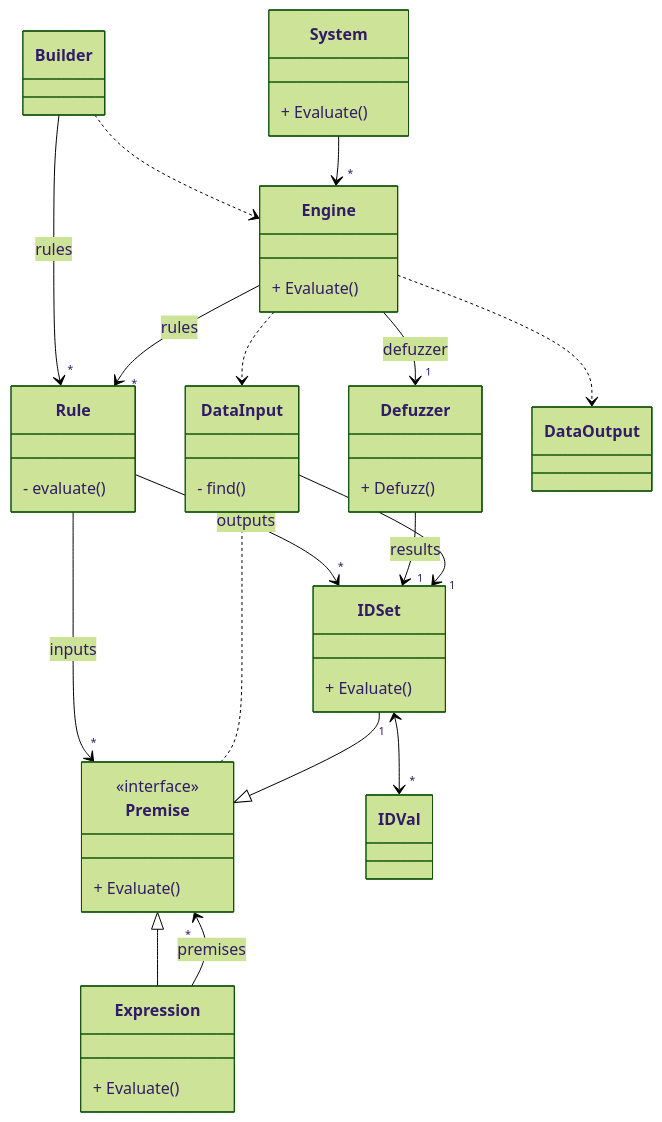
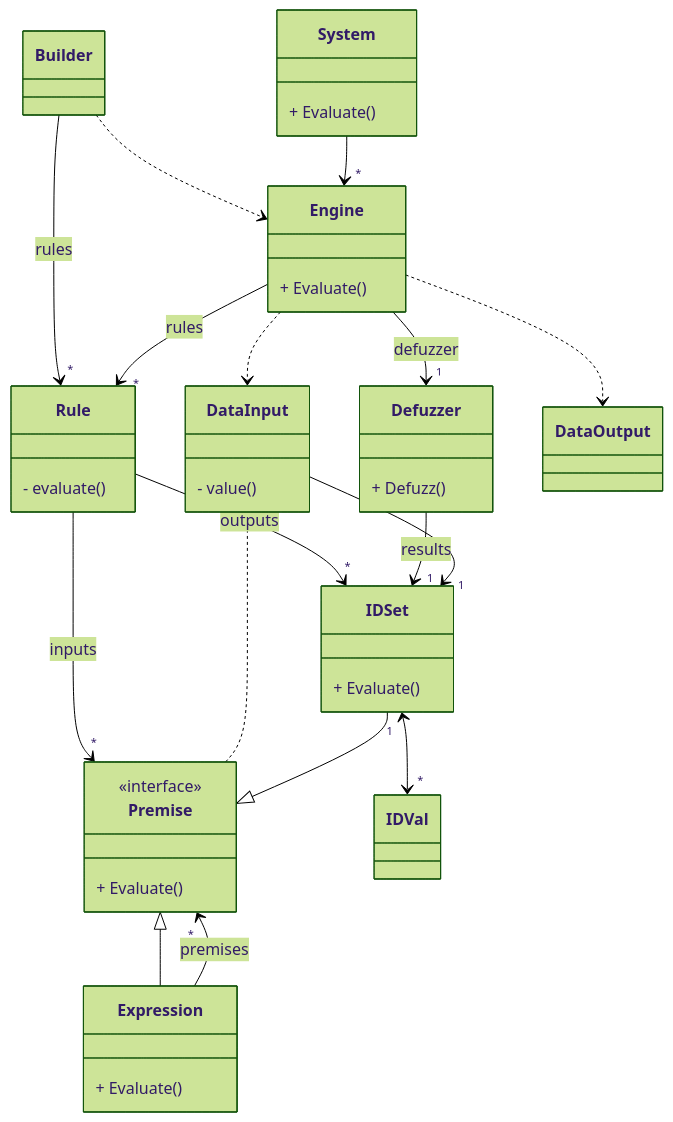
One commit to sbiemont/fugologic changed the diagram in readme.md. Above: the diagram before and after it, drawn with Mermaid (forest theme). The commit also changed other lines of this file, not shown here.

````diff
--- a/readme.md
+++ b/readme.md
@@ -350,50 +350,50 @@
 ```mermaid
 classDiagram
   class Premise {
     <<interface>>
     + Evaluate()
   }
   class Expression {
     + Evaluate()
   }
   class Engine {
     + Evaluate()
   }
   class IDSet {
     + Evaluate()
   }
   class Defuzzer {
     + Defuzz()
   }
   class DataInput {
-    - find()
+    - value()
   }
   class System {
     + Evaluate()
   }
   class Rule {
     - evaluate()
   }
 
   System --> "*" Engine
   DataInput --> "1" IDSet
   Defuzzer --> "1" IDSet : results
 
   IDSet "1" <--> "*" IDVal
 
   Premise "*" <-- Expression : premises
   Expression --|> Premise
   IDSet --|> Premise
   DataInput <.. Premise
 
   Engine --> "*" Rule : rules
   Engine --> "1" Defuzzer : defuzzer
   Engine ..> DataInput
   Engine ..> DataOutput
 
   Builder --> "*" Rule : rules
   Builder ..> Engine
 
   Rule --> "*" Premise : inputs
   Rule --> "*" IDSet : outputs
 ```
````
